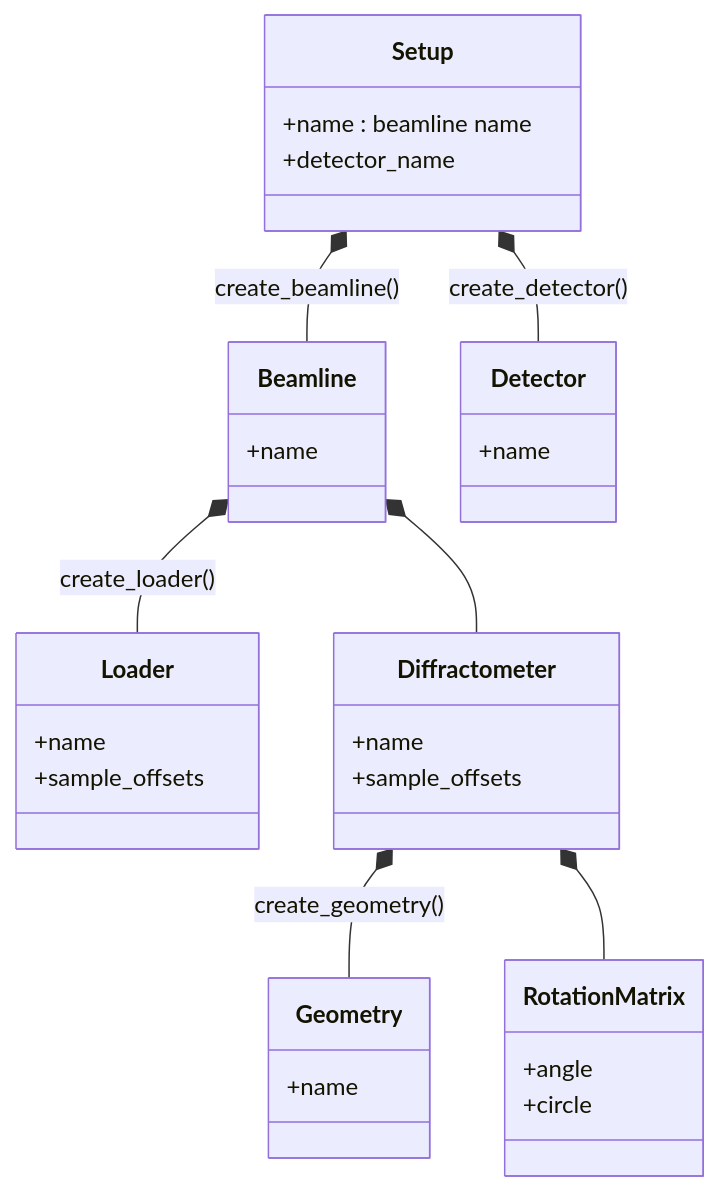
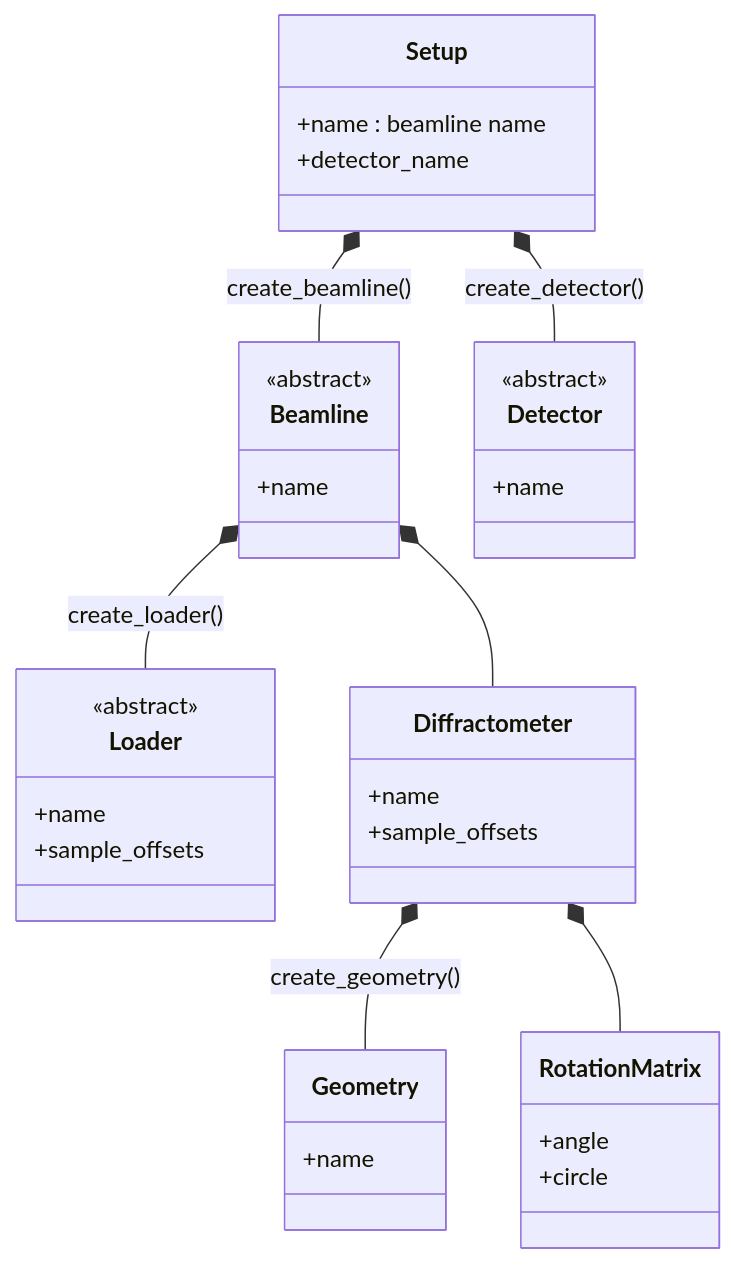
The first of 4 diagrams in doc/modules/experiment/index.rst (carnisj/bcdi), drawn with Mermaid before and after one commit. The commit also changed other lines of this file and 3 other files, not shown here.

```diff
--- a/doc/modules/experiment/index.rst
+++ b/doc/modules/experiment/index.rst
@@ -22,35 +22,38 @@
 .. mermaid::
   :align: center
 
   classDiagram
     class Setup{
       +name : beamline name
       +detector_name
   }
     class Beamline{
+      <<abstract>>
       +name
   }
     class Loader{
+      <<abstract>>
       +name
       +sample_offsets
   }
     class Diffractometer{
       +name
       +sample_offsets
   }
     class Geometry{
       +name
   }
     class Detector{
+      <<abstract>>
       +name
   }
     class RotationMatrix{
       +angle
       +circle
   }
     Setup *-- Beamline : create_beamline()
     Setup *-- Detector : create_detector()
     Beamline *-- Diffractometer
     Diffractometer *-- Geometry : create_geometry()
     Beamline *-- Loader : create_loader()
     Diffractometer *-- RotationMatrix
```
